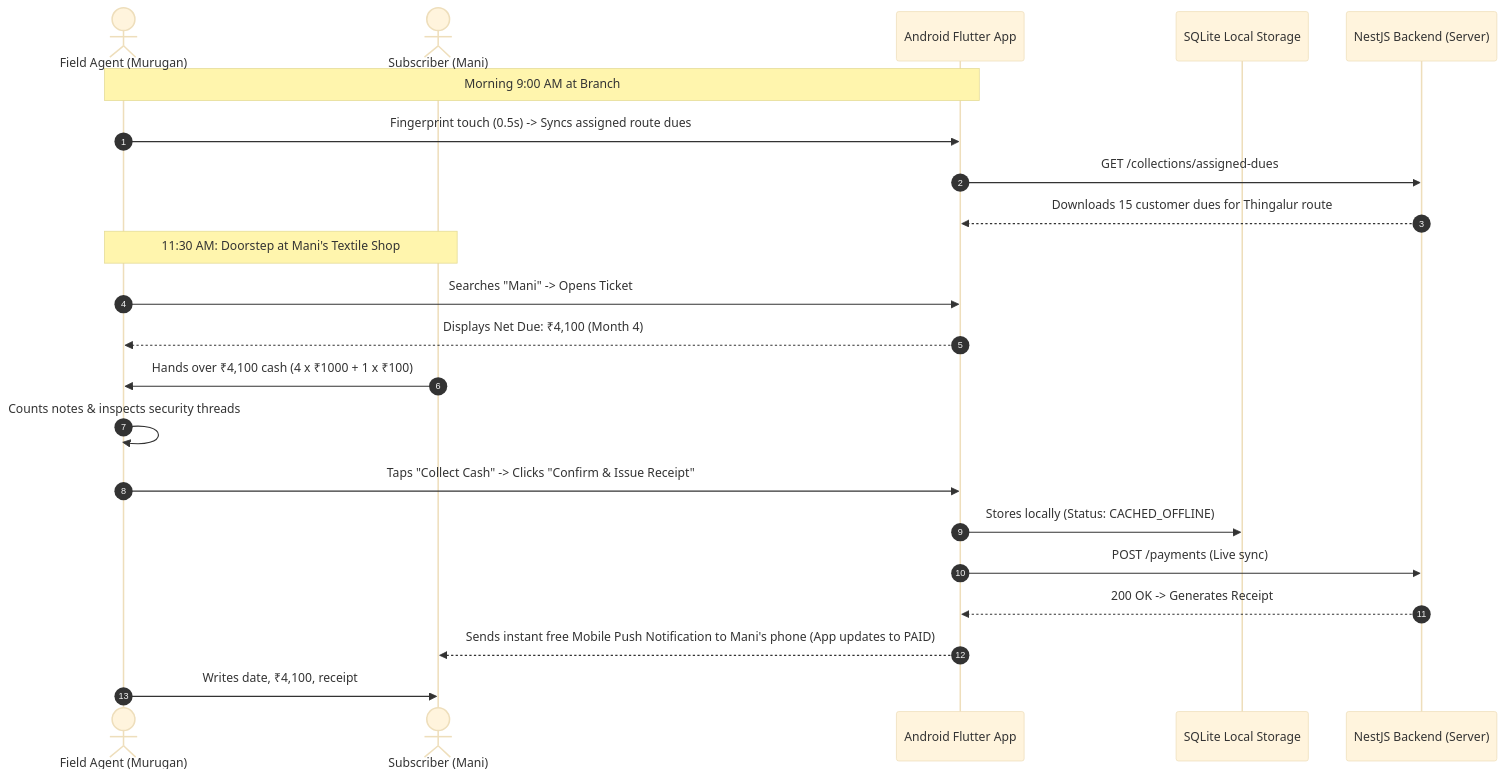
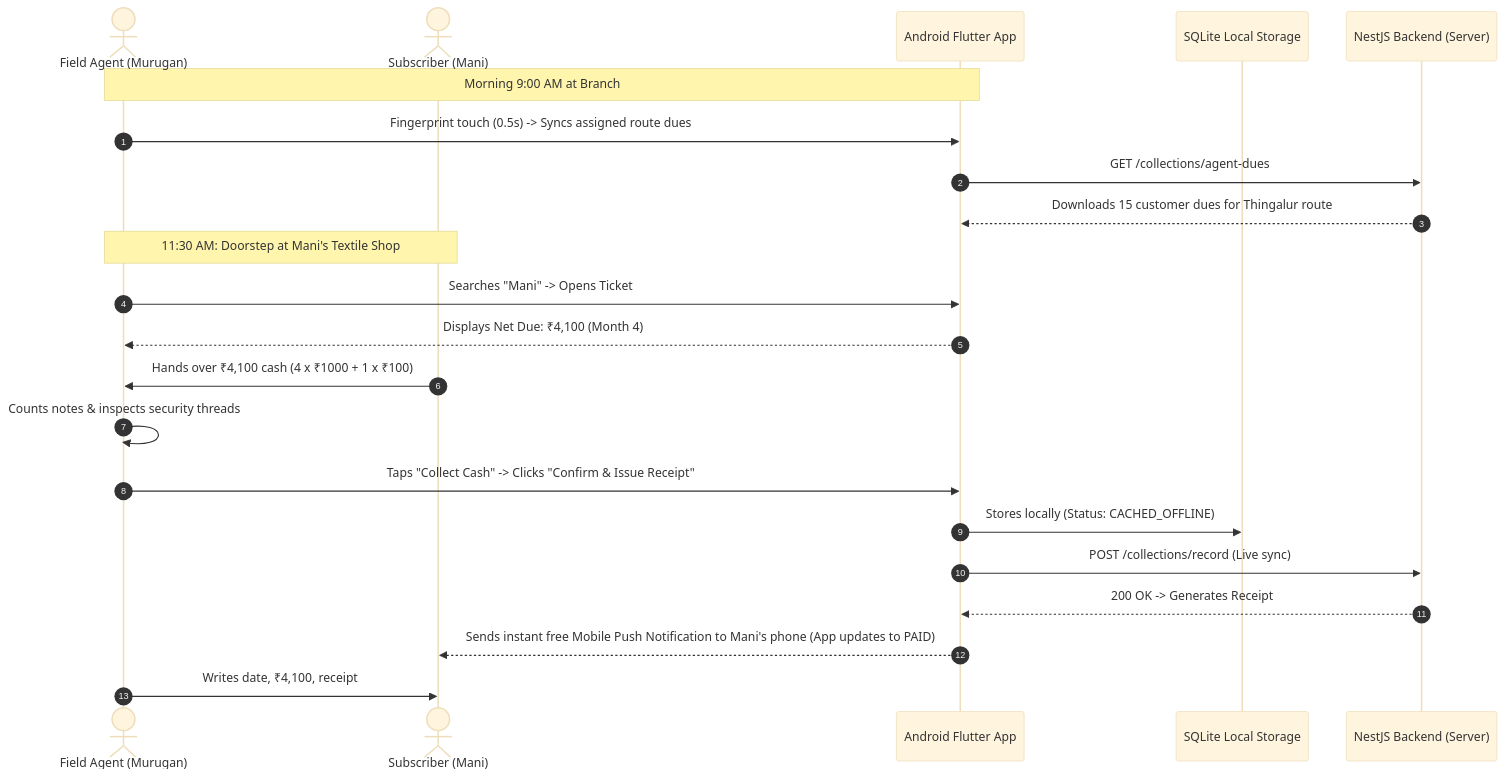
Before and after one commit to Kathir-24/Kumaran-finance: the second of 4 diagrams in docs/02-requirements/educational-guides/persona-3-field-collection-agent.md, drawn with Mermaid (base theme). The commit also changed other lines of this file and 11 other files, not shown here.

````diff
--- a/docs/02-requirements/educational-guides/persona-3-field-collection-agent.md
+++ b/docs/02-requirements/educational-guides/persona-3-field-collection-agent.md
@@ -95,26 +95,26 @@
 ```mermaid
 sequenceDiagram
     autonumber
     actor A as Field Agent (Murugan)
     actor C as Subscriber (Mani)
     participant APP as Android Flutter App
     participant DB as SQLite Local Storage
     participant API as NestJS Backend (Server)
 
     Note over A,APP: Morning 9:00 AM at Branch
     A->>APP: Fingerprint touch (0.5s) -> Syncs assigned route dues
-    APP->>API: GET /collections/assigned-dues
+    APP->>API: GET /collections/agent-dues
     API-->>APP: Downloads 15 customer dues for Thingalur route
 
     Note over A,C: 11:30 AM: Doorstep at Mani's Textile Shop
     A->>APP: Searches "Mani" -> Opens Ticket #9 (KCA-1L)
     APP-->>A: Displays Net Due: ₹4,100 (Month 4)
     C->>A: Hands over ₹4,100 cash (4 x ₹1000 + 1 x ₹100)
     A->>A: Counts notes & inspects security threads
     A->>APP: Taps "Collect Cash" -> Clicks "Confirm & Issue Receipt"
     APP->>DB: Stores locally (Status: CACHED_OFFLINE)
-    APP->>API: POST /payments (Live sync)
+    APP->>API: POST /collections/record (Live sync)
     API-->>APP: 200 OK -> Generates Receipt #KC-REC-PRD-2026-00412
     APP-->>C: Sends instant free Mobile Push Notification to Mani's phone (App updates to PAID)
     A->>C: Writes date, ₹4,100, receipt #, and signs Mani's physical passbook booklet
 ```
````
